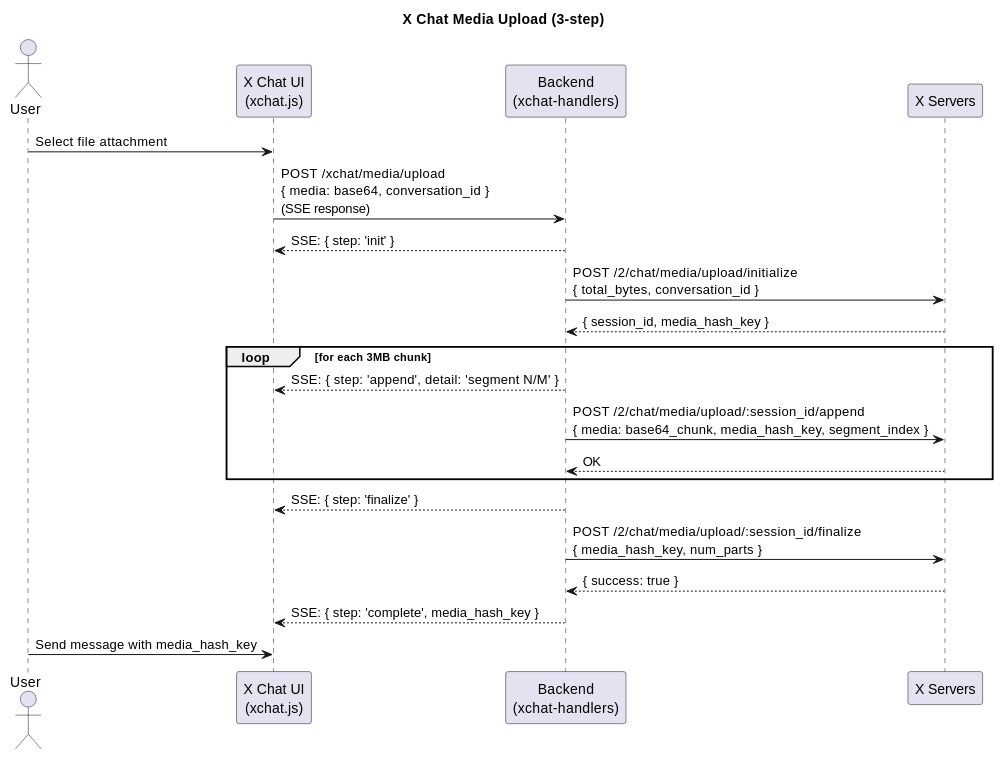
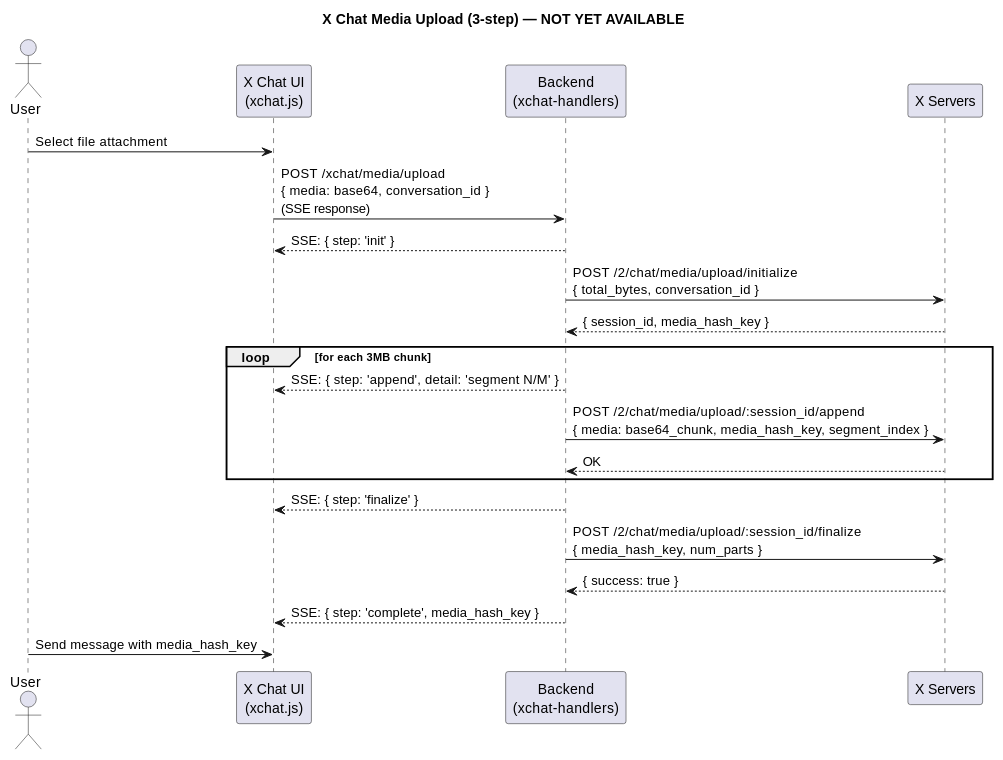
One commit to dmitryon/twitter-api-typescript-sdk changed the fourth of 6 diagrams in oauth-demo/xchat/XCHAT-FEATURE.md. Above: the diagram before and after it, drawn with PlantUML. The commit also changed other lines of this file and 1 other file, not shown here.

````diff
--- a/oauth-demo/xchat/XCHAT-FEATURE.md
+++ b/oauth-demo/xchat/XCHAT-FEATURE.md
@@ -295,29 +334,29 @@
 ```plantuml
 @startuml
-title X Chat Media Upload (3-step)
+title X Chat Media Upload (3-step) — NOT YET AVAILABLE
 
 actor User
 participant "X Chat UI\n(xchat.js)" as UI
 participant "Backend\n(xchat-handlers)" as BE
 participant "X Servers" as X
 
 User -> UI: Select file attachment
 UI -> BE: POST /xchat/media/upload\n{ media: base64, conversation_id }\n(SSE response)
 BE --> UI: SSE: { step: 'init' }
 BE -> X: POST /2/chat/media/upload/initialize\n{ total_bytes, conversation_id }
 X --> BE: { session_id, media_hash_key }
 
 loop for each 3MB chunk
   BE --> UI: SSE: { step: 'append', detail: 'segment N/M' }
   BE -> X: POST /2/chat/media/upload/:session_id/append\n{ media: base64_chunk, media_hash_key, segment_index }
   X --> BE: OK
 end
 
 BE --> UI: SSE: { step: 'finalize' }
 BE -> X: POST /2/chat/media/upload/:session_id/finalize\n{ media_hash_key, num_parts }
 X --> BE: { success: true }
 BE --> UI: SSE: { step: 'complete', media_hash_key }
 
 User -> UI: Send message with media_hash_key
 @enduml
 ```
````
